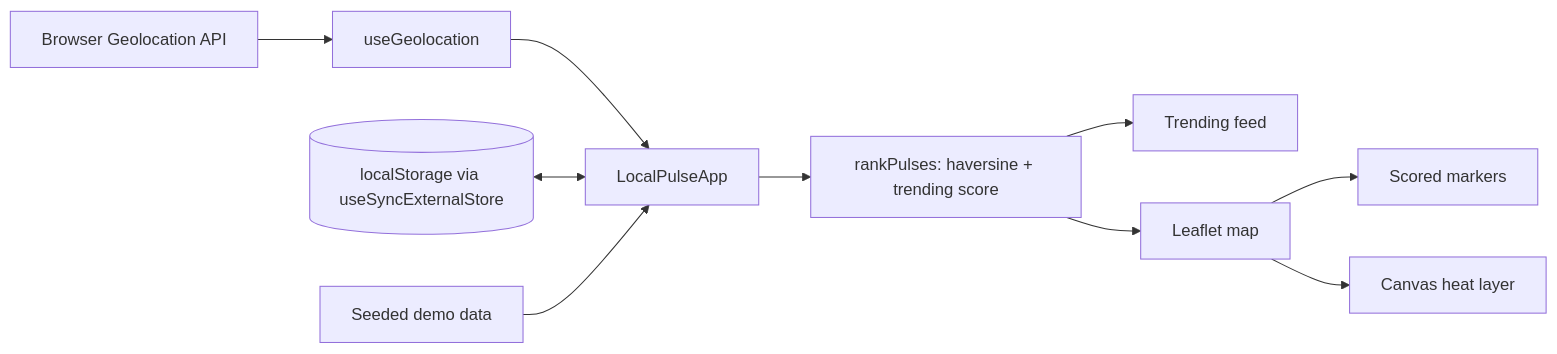
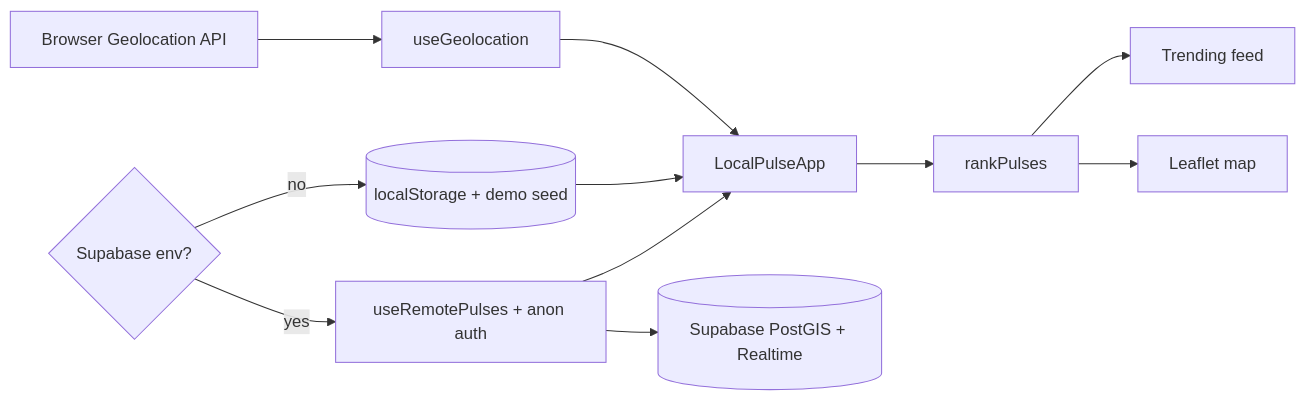
Before and after one commit to dipak5501/localpulse: the diagram in README.md, drawn with Mermaid. The commit also changed other lines of this file and 4 other files, not shown here.

````diff
--- a/README.md
+++ b/README.md
@@ -38,12 +38,14 @@
 ```mermaid
 flowchart LR
   GPS[Browser Geolocation API] --> Hook[useGeolocation]
   Hook --> App[LocalPulseApp]
-  Store[(localStorage via useSyncExternalStore)] <--> App
-  Demo[Seeded demo data] --> App
-  App --> Rank[rankPulses: haversine + trending score]
+  Env{Supabase env?}
+  Env -->|yes| Remote[useRemotePulses + anon auth]
+  Env -->|no| Store[(localStorage + demo seed)]
+  Remote --> SB[(Supabase PostGIS + Realtime)]
+  Store --> App
+  Remote --> App
+  App --> Rank[rankPulses]
   Rank --> Feed[Trending feed]
   Rank --> Map[Leaflet map]
-  Map --> Markers[Scored markers]
-  Map --> Heat[Canvas heat layer]
 ```
````
